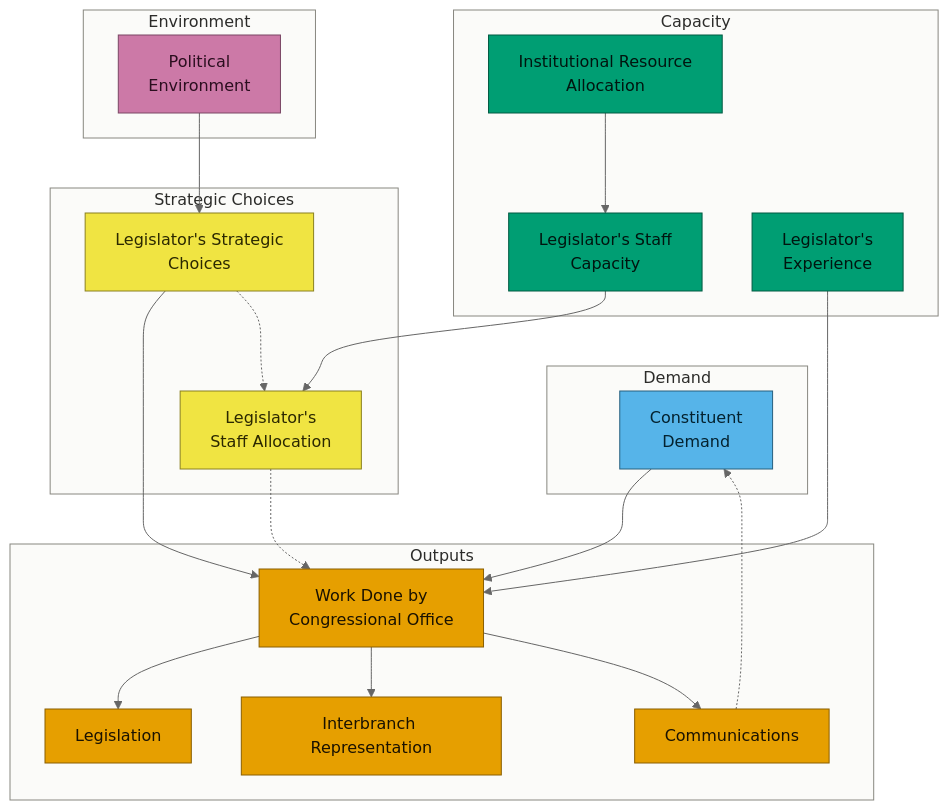
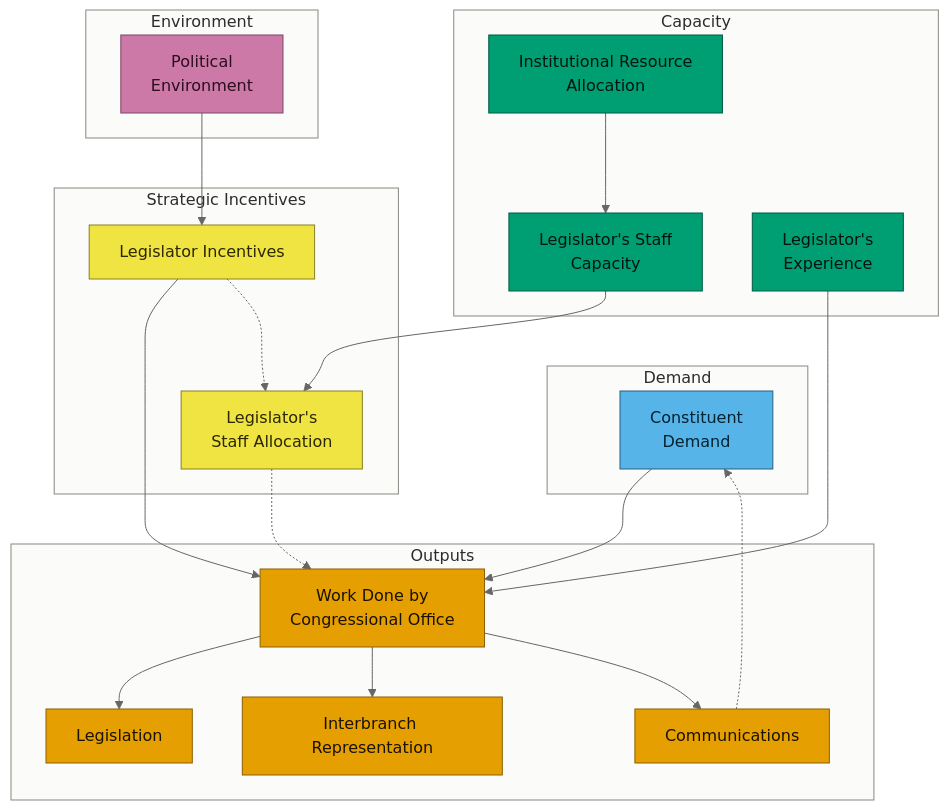
The fifth of 5 diagrams in causal.qmd (judgelord/cor-book), drawn with Mermaid (neutral theme) before and after one commit. The commit also changed other lines of this file, not shown here.

````diff
--- a/causal.qmd
+++ b/causal.qmd
@@ -178,59 +178,59 @@
 ```{mermaid}
 %%| label: fig-causal-oldoverall
 %%| fig-cap: "Original Figure: How constituent demand, capacity, political environment, and Legislator's strategic choices shape interbranch representation activities"
 %%| fig-width: 6.5
 %%| out-width: "100%"
 
 flowchart TD
     subgraph demand_g ["Demand"]
         CD["Constituent<br/>Demand"]
     end
     subgraph capacity_g ["Capacity"]
         IR["Institutional Resource<br/>Allocation"]
         SC["Legislator's Staff<br/>Capacity"]
         MK["Legislator's<br/>Experience"]
     end
     subgraph env_g ["Environment"]
         PE["Political<br/>Environment"]
     end
-    subgraph strategic_g ["Strategic Choices"]
-        G["Legislator's Strategic<br/>Choices"]
+    subgraph strategic_g ["Strategic Incentives"]
+        G["Legislator Incentives"]
         SA["Legislator's <br/> Staff Allocation"]
     end
     subgraph output_g ["Outputs"]
         W["Work Done by<br/>Congressional Office"]
         L["Legislation"]
         A["Interbranch Representation"]
         C["Communications"]
     end
 
     CD --> W
     PE --> G
     IR --> SC
     SC --> SA
     G --> W
     G -.-> SA
     MK --> W
     SA -.-> W
     W --> L
     W --> A
     W --> C
     C -.-> CD
 
     classDef output fill:#E69F00,stroke:#8A5F00,color:#1A1200;
     classDef demand fill:#56B4E9,stroke:#27607F,color:#04222F;
     classDef capacity fill:#009E73,stroke:#005A42,color:#00150F;
     classDef environment fill:#CC79A7,stroke:#7A4664,color:#2B0E1F;
     classDef strategic fill:#F0E442,stroke:#8A8020,color:#2B2800;
     class W,L,A,C output;
     class CD demand;
     class IR,SC,MK capacity;
     class PE environment;
     class G,SA strategic;
 
     style demand_g fill:#FBFBF9,stroke:#888780,color:#2C2C2A;
     style capacity_g fill:#FBFBF9,stroke:#888780,color:#2C2C2A;
     style env_g fill:#FBFBF9,stroke:#888780,color:#2C2C2A;
     style strategic_g fill:#FBFBF9,stroke:#888780,color:#2C2C2A;
     style output_g fill:#FBFBF9,stroke:#888780,color:#2C2C2A;
 ```
````
